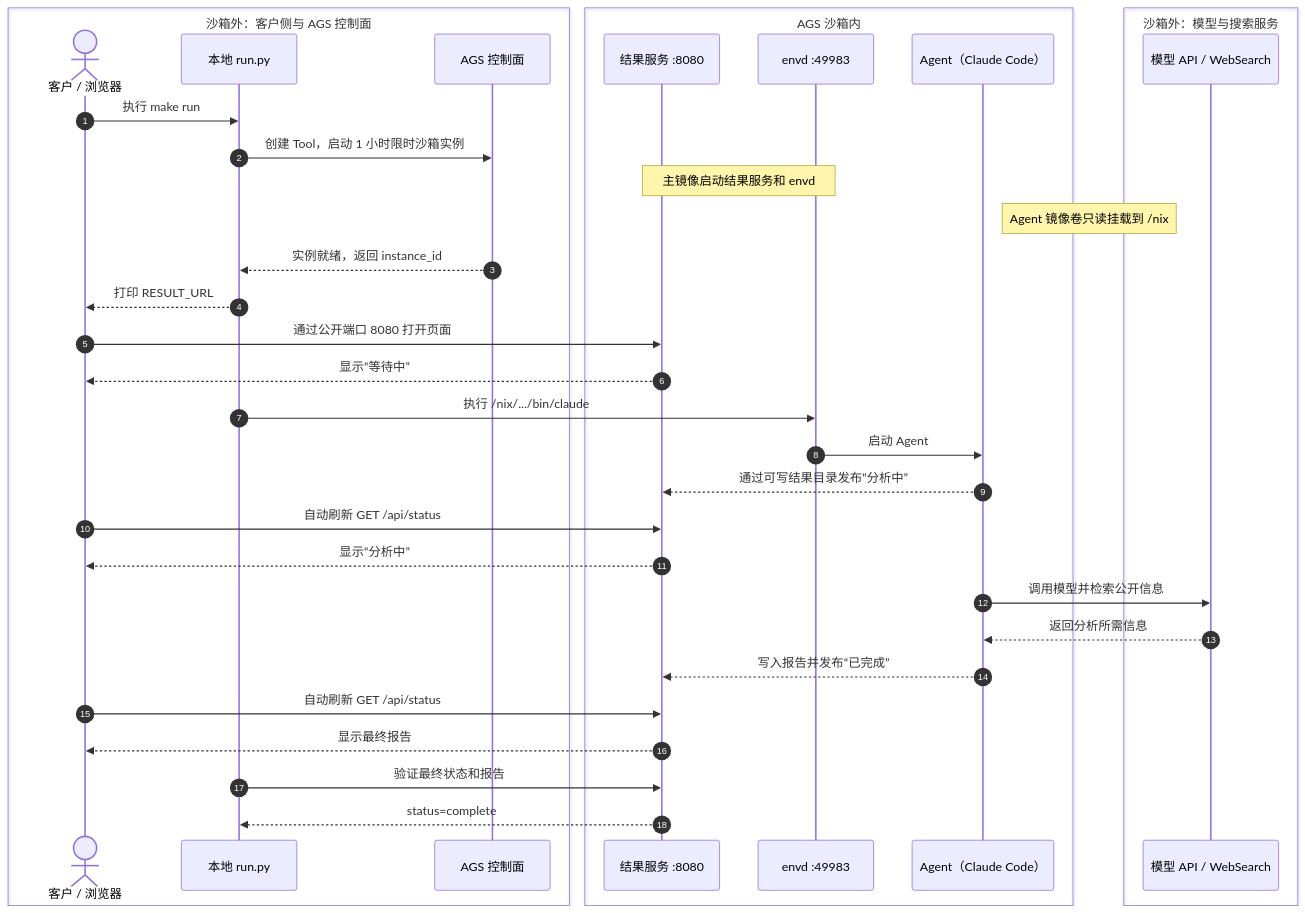
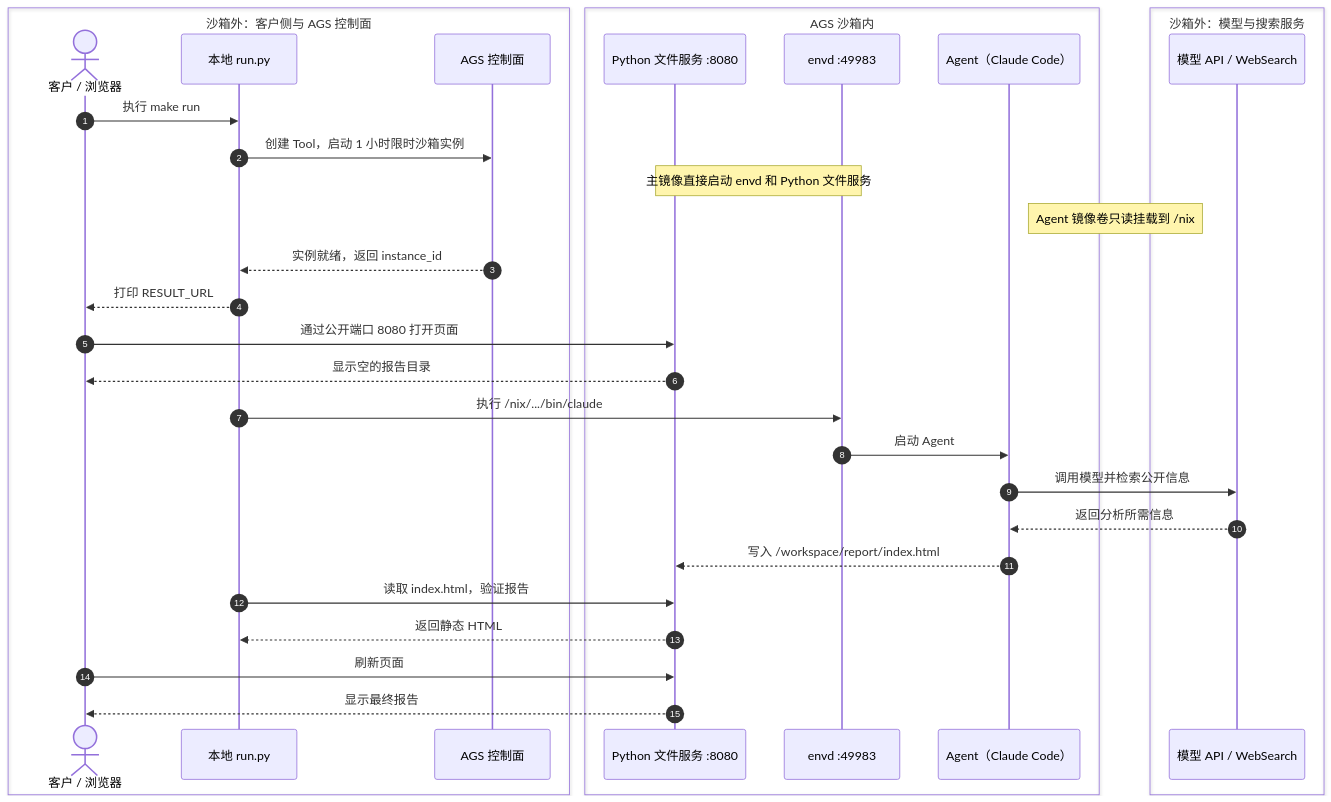
The diagram in examples/harness-nix-volume/README_zh.md (TencentCloudAgentRuntime/ags-cookbook), drawn with Mermaid before and after one commit. The commit also changed other lines of this file and 6 other files, not shown here.

````diff
--- a/examples/harness-nix-volume/README_zh.md
+++ b/examples/harness-nix-volume/README_zh.md
@@ -150,38 +142,35 @@
 ```mermaid
 sequenceDiagram
   autonumber
   box 沙箱外：客户侧与 AGS 控制面
     actor User as 客户 / 浏览器
     participant Runner as 本地 run.py
     participant AGS as AGS 控制面
   end
   box AGS 沙箱内
-    participant Web as 结果服务 :8080
+    participant Web as Python 文件服务 :8080
     participant Envd as envd :49983
     participant Agent as Agent（Claude Code）
   end
   box 沙箱外：模型与搜索服务
     participant External as 模型 API / WebSearch
   end
 
   User->>Runner: 执行 make run
   Runner->>AGS: 创建 Tool，启动 1 小时限时沙箱实例
-  Note over Web,Envd: 主镜像启动结果服务和 envd
+  Note over Web,Envd: 主镜像直接启动 envd 和 Python 文件服务
   Note right of Agent: Agent 镜像卷只读挂载到 /nix
   AGS-->>Runner: 实例就绪，返回 instance_id
   Runner-->>User: 打印 RESULT_URL
   User->>Web: 通过公开端口 8080 打开页面
-  Web-->>User: 显示“等待中”
+  Web-->>User: 显示空的报告目录
   Runner->>Envd: 执行 /nix/.../bin/claude
   Envd->>Agent: 启动 Agent
-  Agent-->>Web: 通过可写结果目录发布“分析中”
-  User->>Web: 自动刷新 GET /api/status
-  Web-->>User: 显示“分析中”
   Agent->>External: 调用模型并检索公开信息
   External-->>Agent: 返回分析所需信息
-  Agent-->>Web: 写入报告并发布“已完成”
-  User->>Web: 自动刷新 GET /api/status
+  Agent-->>Web: 写入 /workspace/report/index.html
+  Runner->>Web: 读取 index.html，验证报告
+  Web-->>Runner: 返回静态 HTML
+  User->>Web: 刷新页面
   Web-->>User: 显示最终报告
-  Runner->>Web: 验证最终状态和报告
-  Web-->>Runner: status=complete
 ```
````
